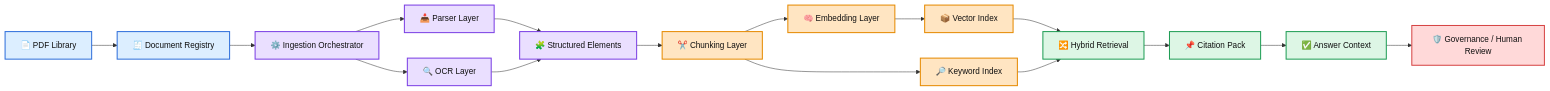
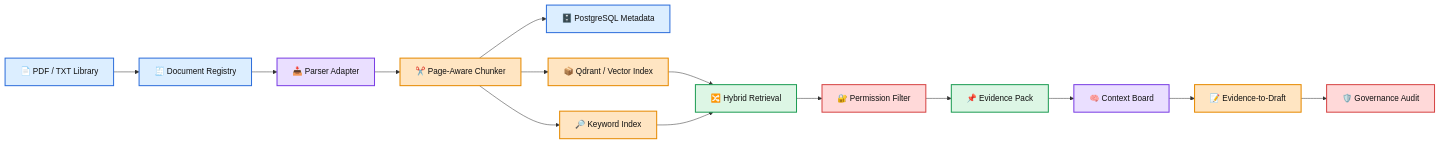
Before and after one commit to kolundzic/andyai-rag-ingestion-factory: the diagram in README.md, drawn with Mermaid. The commit also changed other lines of this file and 27 other files, not shown here.

Commit message:
feat: add sovereign permissions and context board v4.1.0

````diff
--- a/README.md
+++ b/README.md
@@ -80,24 +72,22 @@
 ```mermaid
 flowchart LR
-  A[📄 PDF Library]:::blue --> B[🧾 Document Registry]:::blue
-  B --> C[⚙️ Ingestion Orchestrator]:::purple
-  C --> D[📥 Parser Layer]:::purple
-  C --> E[🔍 OCR Layer]:::purple
-  D --> F[🧩 Structured Elements]:::purple
-  E --> F
-  F --> G[✂️ Chunking Layer]:::orange
-  G --> H[🧠 Embedding Layer]:::orange
-  G --> I[🔎 Keyword Index]:::orange
-  H --> J[📦 Vector Index]:::orange
-  J --> K[🔀 Hybrid Retrieval]:::green
-  I --> K
-  K --> L[📌 Citation Pack]:::green
-  L --> M[✅ Answer Context]:::green
-  M --> N[🛡️ Governance / Human Review]:::red
+  A[📄 PDF / TXT Library]:::blue --> B[🧾 Document Registry]:::blue
+  B --> C[📥 Parser Adapter]:::purple
+  C --> D[✂️ Page-Aware Chunker]:::orange
+  D --> E[🗄️ PostgreSQL Metadata]:::blue
+  D --> F[📦 Qdrant / Vector Index]:::orange
+  D --> G[🔎 Keyword Index]:::orange
+  F --> H[🔀 Hybrid Retrieval]:::green
+  G --> H
+  H --> I[🔐 Permission Filter]:::red
+  I --> J[📌 Evidence Pack]:::green
+  J --> K[🧠 Context Board]:::purple
+  K --> L[📝 Evidence-to-Draft]:::orange
+  L --> M[🛡️ Governance Audit]:::red
 
   classDef blue fill:#DCEEFF,stroke:#2F6FDB,stroke-width:2px,color:#111;
   classDef purple fill:#EADFFF,stroke:#7B3FE4,stroke-width:2px,color:#111;
   classDef orange fill:#FFE5C2,stroke:#E68A00,stroke-width:2px,color:#111;
   classDef green fill:#DDF6E5,stroke:#1F9D55,stroke-width:2px,color:#111;
   classDef red fill:#FFD9D9,stroke:#D64545,stroke-width:2px,color:#111;
 ```
````
